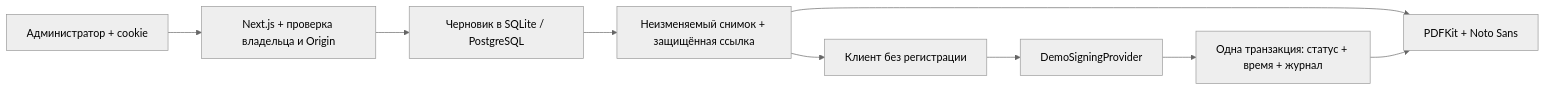
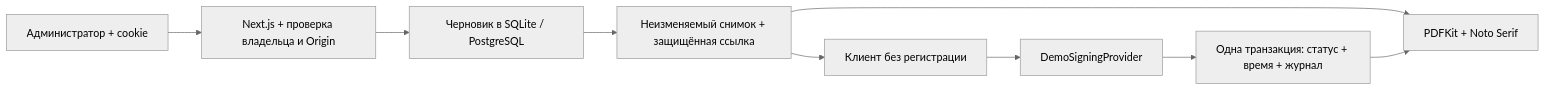
One commit to temirkhanerbolatovich-coder/rentalsign changed the diagram in docs/ARCHITECTURE.md. Above: the diagram before and after it, drawn with Mermaid (neutral theme). The commit also changed other lines of this file and 6 other files, not shown here.

````diff
--- a/docs/ARCHITECTURE.md
+++ b/docs/ARCHITECTURE.md
@@ -31,11 +31,11 @@
 ```mermaid
 flowchart LR
   A[Администратор + cookie] --> B[Next.js + проверка владельца и Origin]
   B --> C[Черновик в SQLite / PostgreSQL]
   C --> D[Неизменяемый снимок + защищённая ссылка]
   D --> E[Клиент без регистрации]
   E --> F[DemoSigningProvider]
   F --> G[Одна транзакция: статус + время + журнал]
-  D --> P[PDFKit + Noto Sans]
+  D --> P[PDFKit + Noto Serif]
   G --> P
 ```
````
